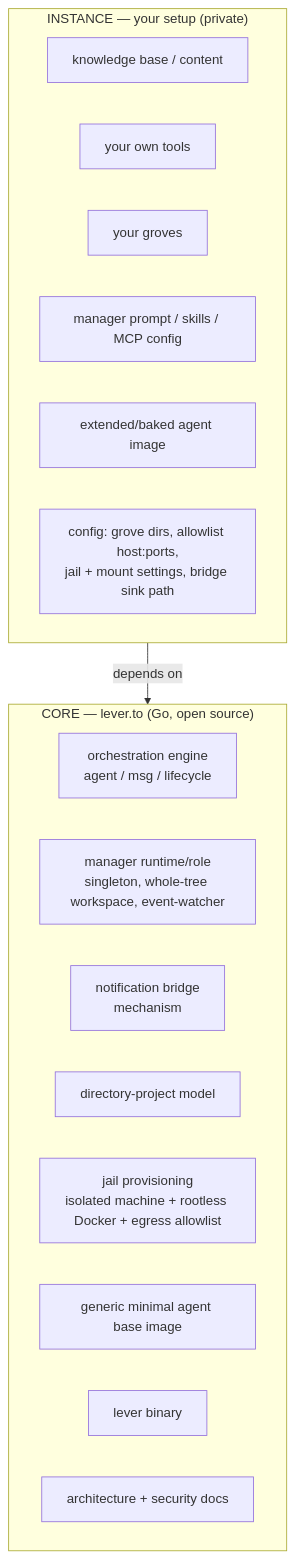
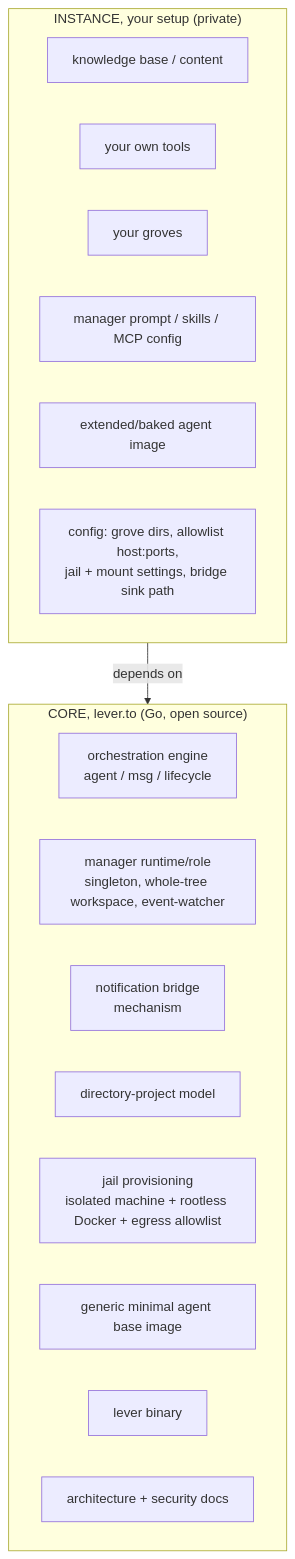
Before and after one commit to stevegeek/lever: the diagram in docs-site/_guides/core-vs-instance.md, drawn with Mermaid. The commit also changed other lines of this file and 16 other files, not shown here.

````diff
--- a/docs-site/_guides/core-vs-instance.md
+++ b/docs-site/_guides/core-vs-instance.md
@@ -19,22 +20,22 @@
 ```mermaid
 graph TD
-    subgraph core["CORE — lever.to (Go, open source)"]
+    subgraph core["CORE, lever.to (Go, open source)"]
         ENG[orchestration engine<br/>agent / msg / lifecycle]
         MGR[manager runtime/role<br/>singleton, whole-tree workspace, event-watcher]
         BR[notification bridge<br/>mechanism]
         PM[directory-project model]
         JAIL[jail provisioning<br/>isolated machine + rootless Docker + egress allowlist]
         IMG[generic minimal agent base image]
         BIN[lever binary]
         DOCS[architecture + security docs]
     end
-    subgraph inst["INSTANCE — your setup (private)"]
+    subgraph inst["INSTANCE, your setup (private)"]
         KB[knowledge base / content]
         TOOLS[your own tools]
         GROVES[your groves]
         MCFG[manager prompt / skills / MCP config]
         EXTIMG[extended/baked agent image]
         CFG[config: grove dirs, allowlist host:ports,<br/>jail + mount settings, bridge sink path]
     end
     inst -->|depends on| core
 ```
````
